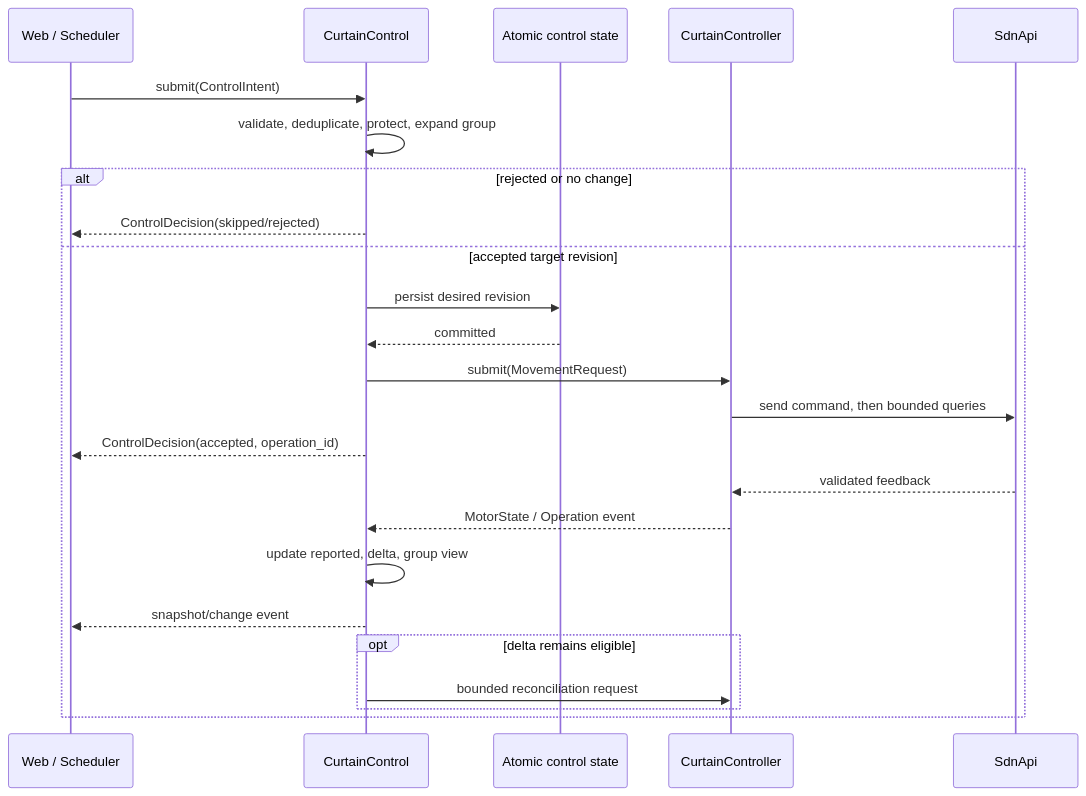
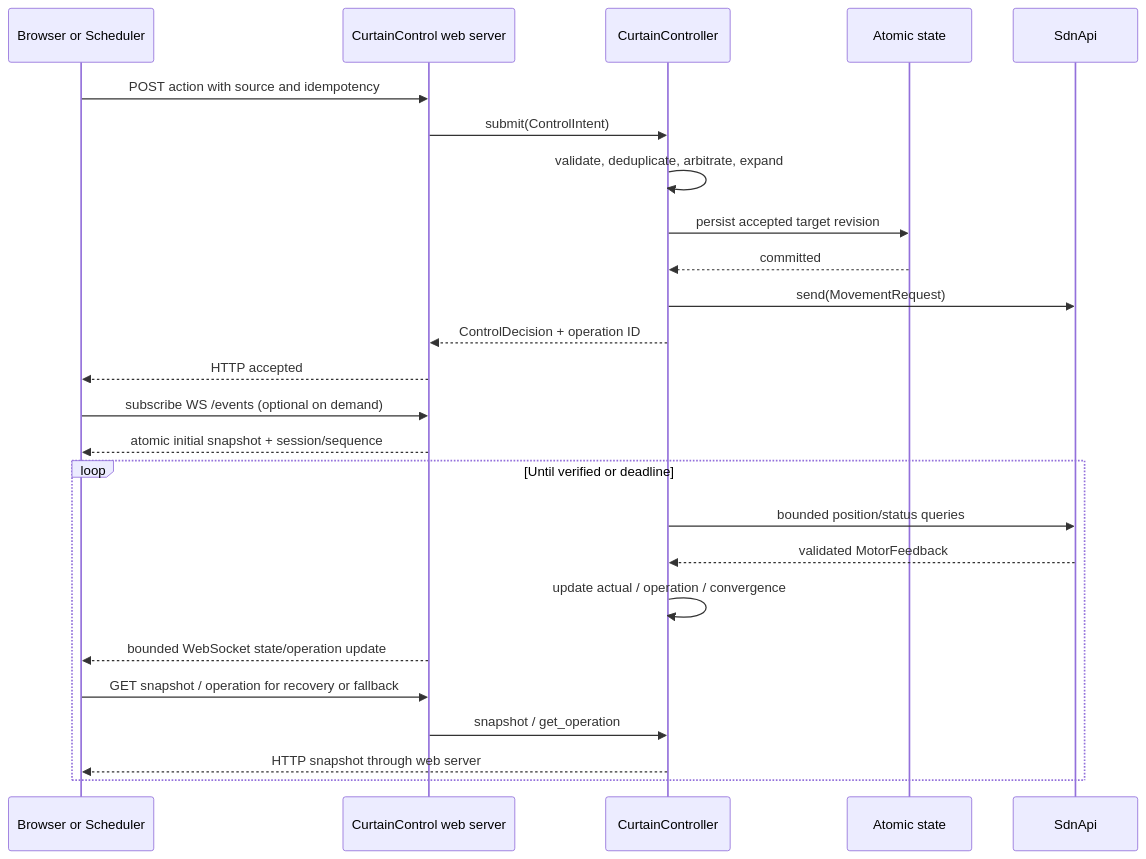
The fourth of 5 diagrams in curtain_control_spec.md (bhlarson/CurtainControl), drawn with Mermaid before and after one commit. The commit also changed other lines of this file and 36 other files, not shown here.

````diff
--- a/curtain_control_spec.md
+++ b/curtain_control_spec.md
@@ -1260,27 +1324,27 @@
 ```mermaid
 sequenceDiagram
-    participant Source as Web / Scheduler
-    participant Control as CurtainControl
-    participant Store as Atomic control state
+    participant Client as Browser or Scheduler
+    participant WebServer as CurtainControl web server
     participant Controller as CurtainController
+    participant Store as Atomic state
     participant SDN as SdnApi
-
-    Source->>Control: submit(ControlIntent)
-    Control->>Control: validate, deduplicate, protect, expand group
-    alt rejected or no change
-        Control-->>Source: ControlDecision(skipped/rejected)
-    else accepted target revision
-        Control->>Store: persist desired revision
-        Store-->>Control: committed
-        Control->>Controller: submit(MovementRequest)
-        Controller->>SDN: send command, then bounded queries
-        Control-->>Source: ControlDecision(accepted, operation_id)
-        SDN-->>Controller: validated feedback
-        Controller-->>Control: MotorState / Operation event
-        Control->>Control: update reported, delta, group view
-        Control-->>Source: snapshot/change event
-        opt delta remains eligible
-            Control->>Controller: bounded reconciliation request
-        end
+    Client->>WebServer: POST action with source and idempotency
+    WebServer->>Controller: submit(ControlIntent)
+    Controller->>Controller: validate, deduplicate, arbitrate, expand
+    Controller->>Store: persist accepted target revision
+    Store-->>Controller: committed
+    Controller->>SDN: send(MovementRequest)
+    Controller-->>WebServer: ControlDecision + operation ID
+    WebServer-->>Client: HTTP accepted
+    Client->>WebServer: subscribe WS /events (optional on demand)
+    WebServer-->>Client: atomic initial snapshot + session/sequence
+    loop Until verified or deadline
+        Controller->>SDN: bounded position/status queries
+        SDN-->>Controller: validated MotorFeedback
+        Controller->>Controller: update actual / operation / convergence
+        WebServer-->>Client: bounded WebSocket state/operation update
+        Client->>WebServer: GET snapshot / operation for recovery or fallback
+        WebServer->>Controller: snapshot / get_operation
+        Controller-->>Client: HTTP snapshot through web server
     end
 ```
````
